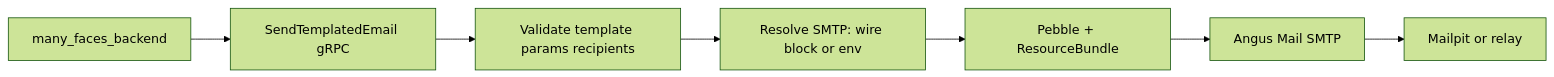
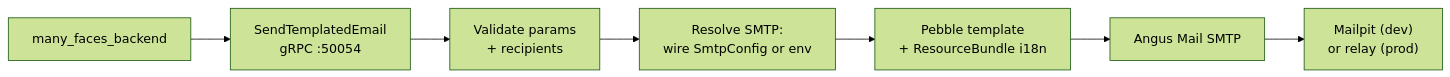
Before and after one commit to 01laky/many_faces_mailer: the diagram in README.md, drawn with Mermaid (forest theme). The commit also changed other lines of this file, not shown here.

````diff
--- a/README.md
+++ b/README.md
@@ -52,9 +50,9 @@
 ```mermaid
 flowchart LR
-    be["many_faces_backend"] --> grpc["SendTemplatedEmail gRPC"]
-    grpc --> val["Validate template params recipients"]
-    val --> tr["Resolve SMTP: wire block or env"]
-    tr --> peb["Pebble + ResourceBundle"]
+    be["many_faces_backend"] --> grpc["SendTemplatedEmail<br/>gRPC :50054"]
+    grpc --> val["Validate params<br/>+ recipients"]
+    val --> tr["Resolve SMTP:<br/>wire SmtpConfig or env"]
+    tr --> peb["Pebble template<br/>+ ResourceBundle i18n"]
     peb --> smtp["Angus Mail SMTP"]
-    smtp --> sink["Mailpit or relay"]
+    smtp --> sink["Mailpit (dev)<br/>or relay (prod)"]
 ```
````
